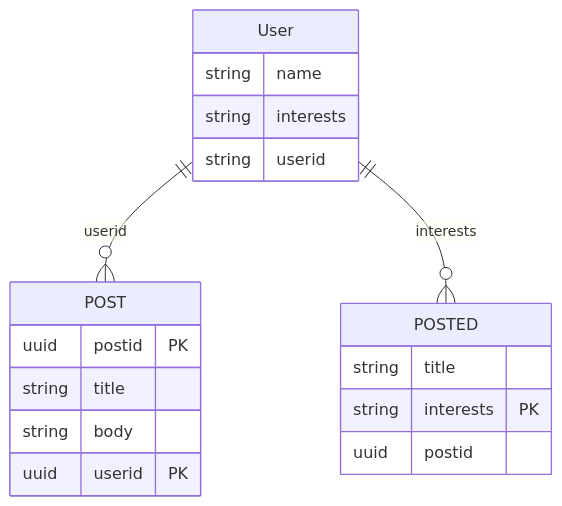
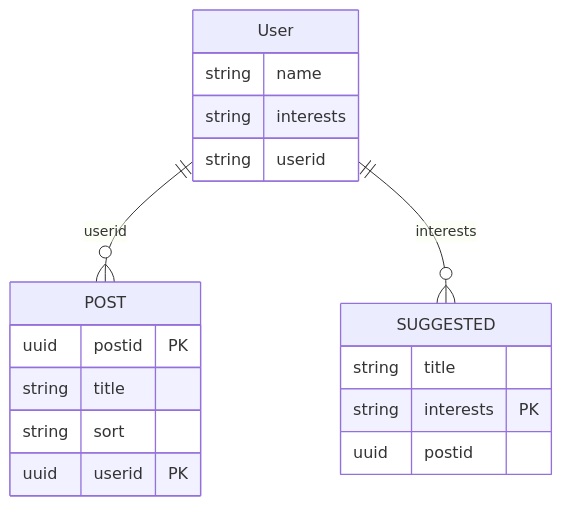
Before and after one commit to cherrybll17253/Travel-Front: the diagram in README.md, drawn with Mermaid. The commit also changed 5 other files, not shown here.

Commit message:
User, Post, Suggested.json was created

````diff
--- a/README.md
+++ b/README.md
@@ -1,22 +1,22 @@
 ```mermaid
 
 erDiagram
     User ||--o{ POST : userid
     User {
         string name
         string interests
         string userid
     }
-    User ||--o{ POSTED : interests
-    POSTED {
+    User ||--o{ SUGGESTED : interests
+    SUGGESTED {
         string title
         string interests PK
         uuid postid
     }
     POST {
         uuid postid PK
         string title
-        string body
+        string sort
         uuid userid PK
     }
 ```
````
